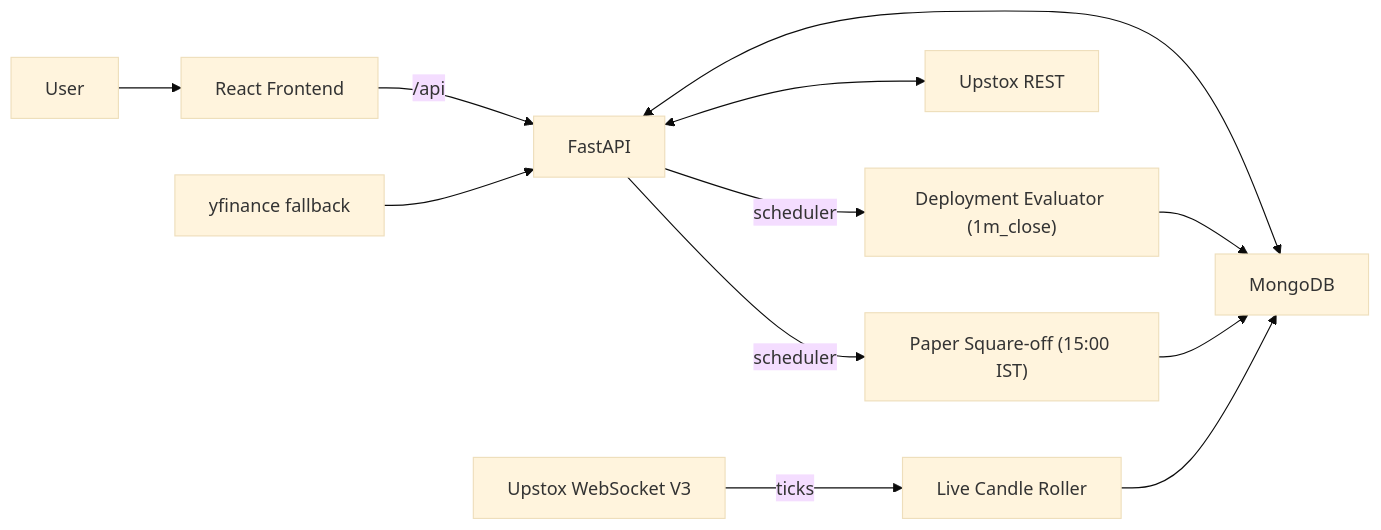
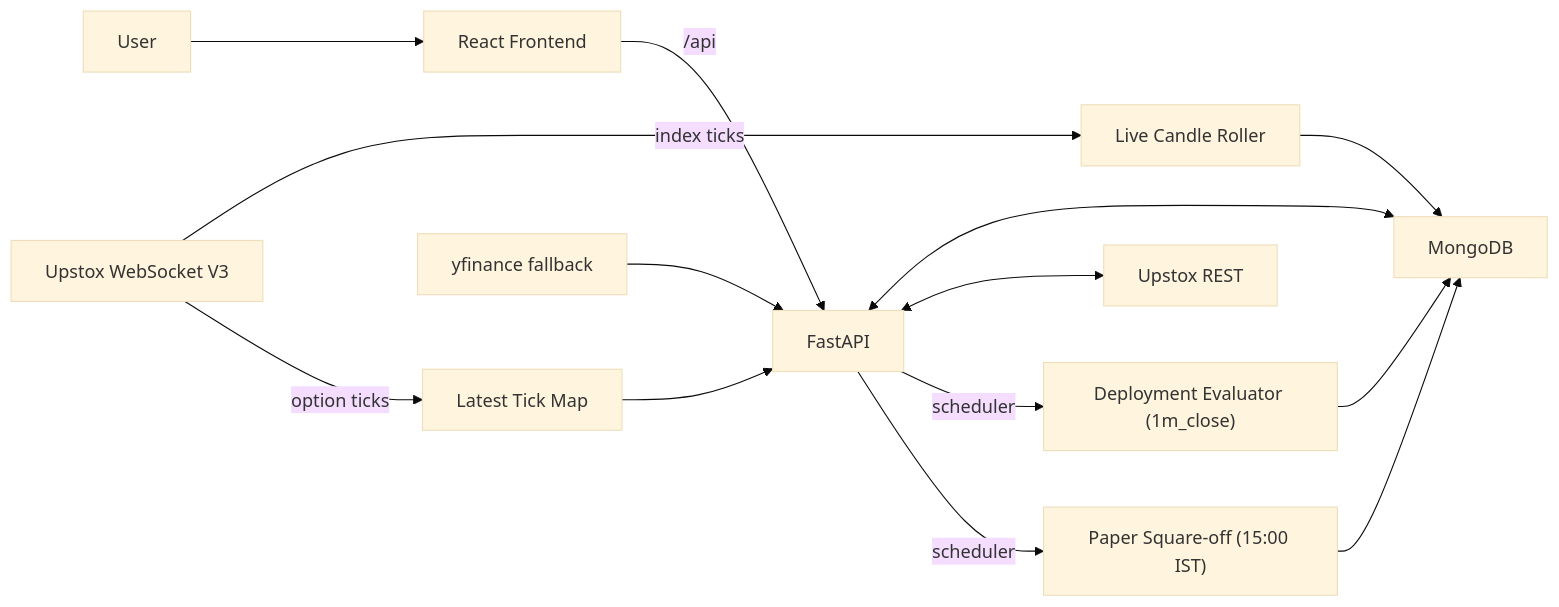
The first of 2 diagrams in docs/ARCHITECTURE.md (hrninfomeet-wq/Emergent-AlphaForge), drawn with Mermaid (base theme) before and after one commit. The commit also changed other lines of this file and 7 other files, not shown here.

First line of the commit message:
feat(live): add option stream universe restart

````diff
--- a/docs/ARCHITECTURE.md
+++ b/docs/ARCHITECTURE.md
@@ -22,14 +22,16 @@
 ```mermaid
 flowchart LR
   U["User"] --> F["React Frontend"]
   F -->|"/api"| A["FastAPI"]
   A <--> M["MongoDB"]
   A <--> B["Upstox REST"]
-  WS["Upstox WebSocket V3"] -->|"ticks"| ROL["Live Candle Roller"]
+  WS["Upstox WebSocket V3"] -->|"index ticks"| ROL["Live Candle Roller"]
+  WS -->|"option ticks"| LM["Latest Tick Map"]
+  LM --> A
   ROL --> M
   A -->|"scheduler"| E["Deployment Evaluator (1m_close)"]
   E --> M
   A -->|"scheduler"| SQ["Paper Square-off (15:00 IST)"]
   SQ --> M
   Y["yfinance fallback"] --> A
 ```
````
